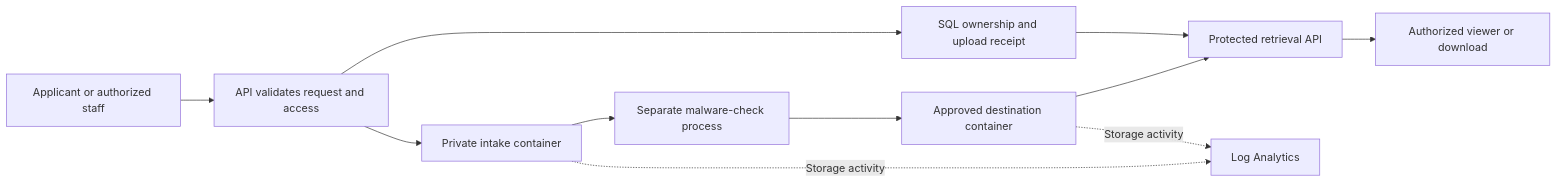
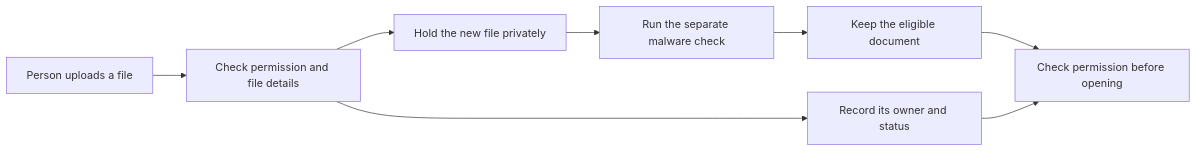
One commit to truthofsource/azure-blob-storage-and-file-uploads changed the diagram in README.md. Above: the diagram before and after it, drawn with Mermaid. The commit also changed other lines of this file and 6 other files, not shown here.

````diff
--- a/README.md
+++ b/README.md
@@ -23,13 +23,10 @@
 ```mermaid
 flowchart LR
-  User[Applicant or authorized staff] --> API[API validates request and access]
-  API --> Intake[Private intake container]
-  API --> SQL[SQL ownership and upload receipt]
-  Intake --> Scan[Separate malware-check process]
-  Scan --> Trusted[Approved destination container]
-  Trusted --> Read[Protected retrieval API]
-  SQL --> Read
-  Read --> Viewer[Authorized viewer or download]
-  Intake -. Storage activity .-> Logs[Log Analytics]
-  Trusted -. Storage activity .-> Logs
+  Upload[Person uploads a file] --> Check[Check permission and file details]
+  Check --> Hold[Hold the new file privately]
+  Check --> Record[Record its owner and status]
+  Hold --> Scan[Run the separate malware check]
+  Scan --> Store[Keep the eligible document]
+  Store --> Access[Check permission before opening]
+  Record --> Access
 ```
````
